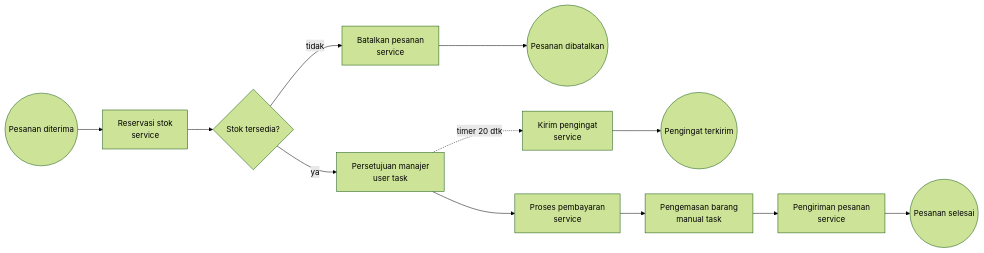
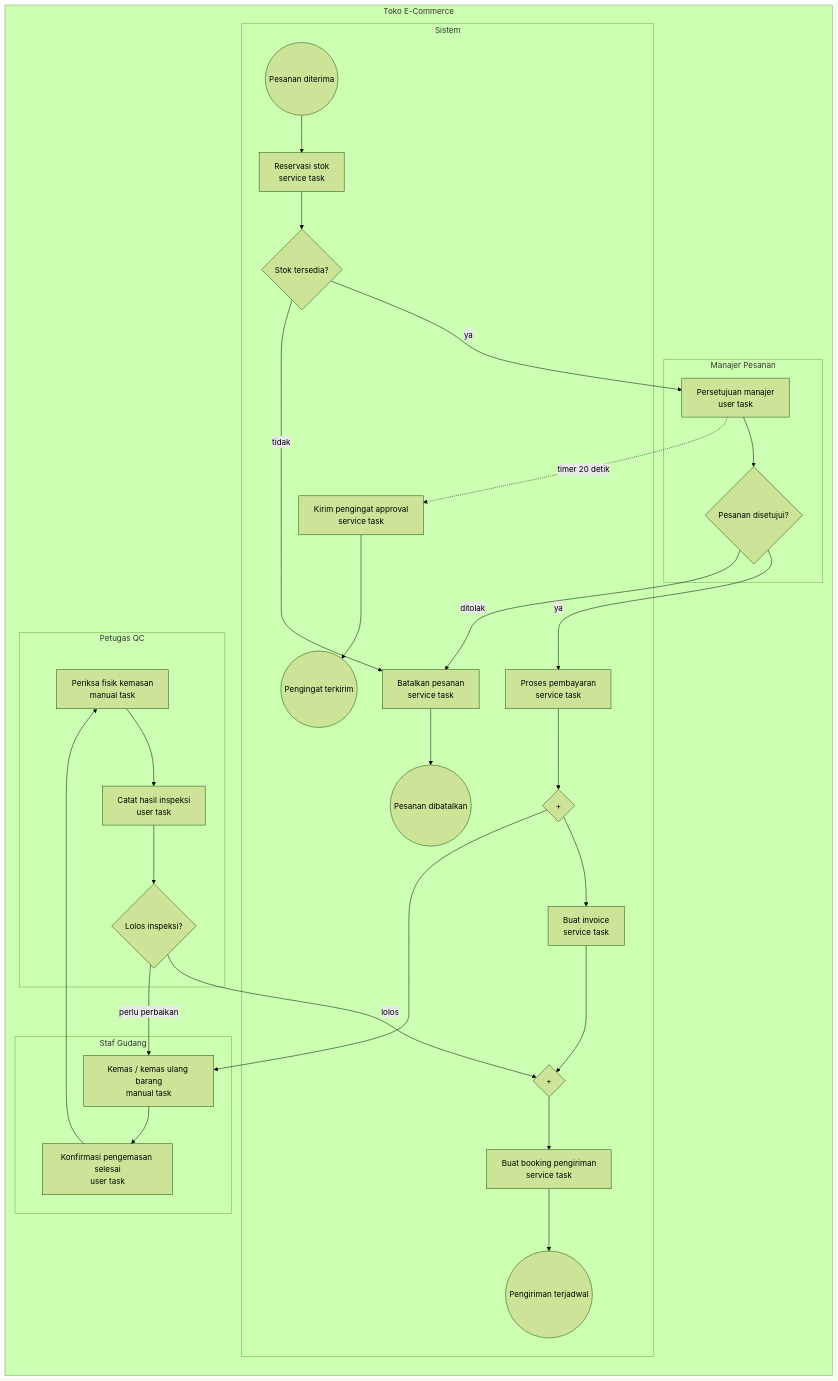
Before and after one commit to AryoBama/BPMN-Camunda: the diagram in README.md, drawn with Mermaid (forest theme). The commit also changed other lines of this file and 4 other files, not shown here.

````diff
--- a/README.md
+++ b/README.md
@@ -21,14 +23,44 @@
 ```mermaid
 flowchart LR
-    S((Pesanan diterima)) --> R[Reservasi stok<br/>service]
-    R --> G{Stok tersedia?}
-    G -- ya --> A[Persetujuan manajer<br/>user task]
-    G -- tidak --> C[Batalkan pesanan<br/>service]
-    C --> EC((Pesanan dibatalkan))
-    A -. timer 20 dtk .-> T[Kirim pengingat<br/>service]
-    T --> ET((Pengingat terkirim))
-    A --> P[Proses pembayaran<br/>service]
-    P --> W[Pengemasan barang<br/>manual task]
-    W --> D[Pengiriman pesanan<br/>service]
-    D --> E((Pesanan selesai))
+    subgraph Pool[Toko E-Commerce]
+        subgraph LaneSystem[Sistem]
+            S((Pesanan diterima))
+            R[Reservasi stok<br/>service task]
+            G{Stok tersedia?}
+            P[Proses pembayaran<br/>service task]
+            F{+}
+            I[Buat invoice<br/>service task]
+            J{+}
+            D[Buat booking pengiriman<br/>service task]
+            E((Pengiriman terjadwal))
+            C[Batalkan pesanan<br/>service task]
+            EC((Pesanan dibatalkan))
+            T[Kirim pengingat approval<br/>service task]
+            ET((Pengingat terkirim))
+        end
+        subgraph LaneManager[Manajer Pesanan]
+            A[Persetujuan manajer<br/>user task]
+            AG{Pesanan disetujui?}
+        end
+        subgraph LaneWarehouse[Staf Gudang]
+            M[Kemas / kemas ulang barang<br/>manual task]
+            W[Konfirmasi pengemasan selesai<br/>user task]
+        end
+        subgraph LaneQC[Petugas QC]
+            QP[Periksa fisik kemasan<br/>manual task]
+            Q[Catat hasil inspeksi<br/>user task]
+            QG{Lolos inspeksi?}
+        end
+    end
+    S --> R --> G
+    G -- ya --> A
+    G -- tidak --> C --> EC
+    A --> AG
+    AG -- ya --> P --> F
+    AG -- ditolak --> C
+    A -. timer 20 detik .-> T --> ET
+    F --> I --> J
+    F --> M --> W --> QP --> Q --> QG
+    QG -- lolos --> J --> D --> E
+    QG -- perlu perbaikan --> M
 ```
````
